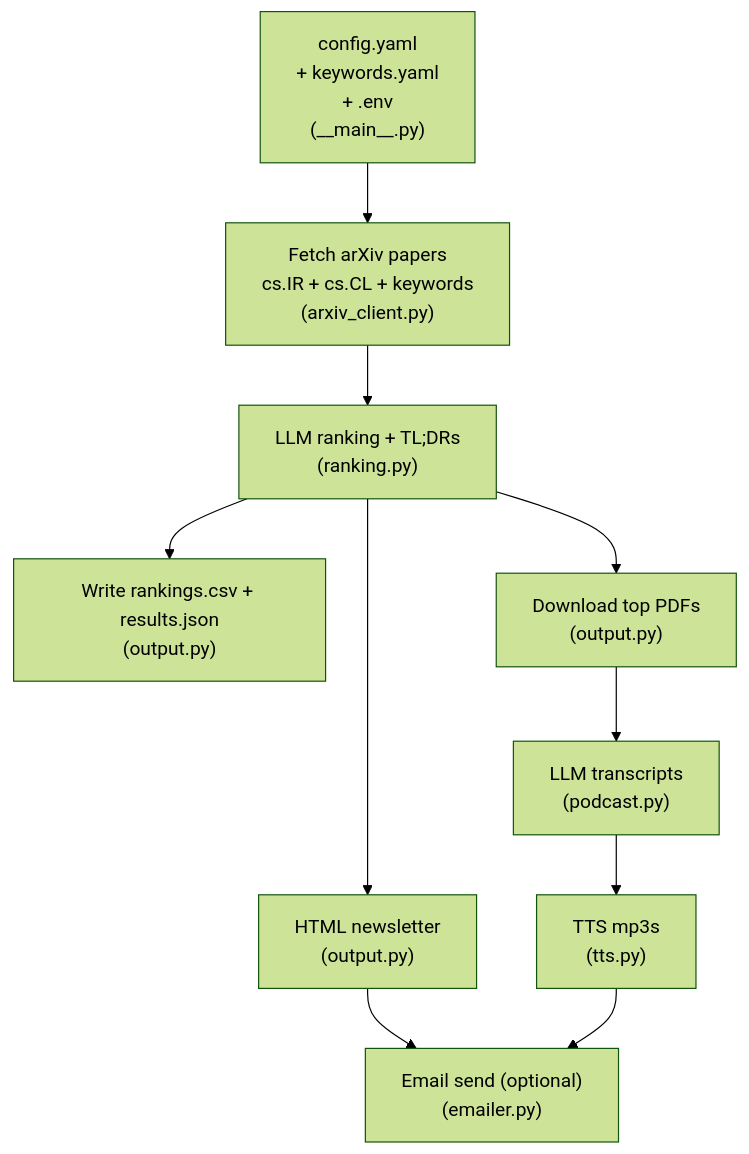
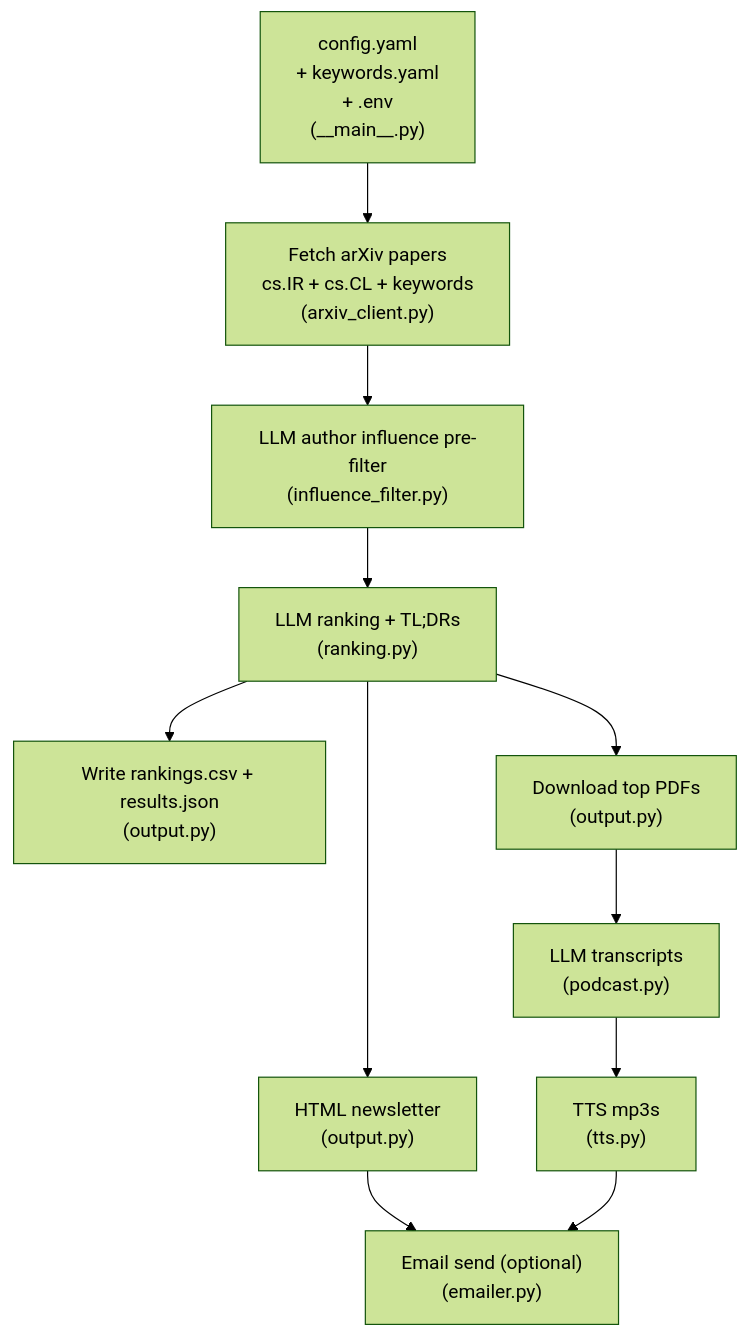
Before and after one commit to hideaki-j/arxiv-daily-podcast: the diagram in README.md, drawn with Mermaid (forest theme). The commit also changed other lines of this file and 14 other files, not shown here.

````diff
--- a/README.md
+++ b/README.md
@@ -59,12 +60,13 @@
 ```mermaid
 flowchart TD
   A["config.yaml<br>+ keywords.yaml<br>+ .env<br/>(__main__.py)"] --> B["Fetch arXiv papers<br/>cs.IR + cs.CL + keywords<br/>(arxiv_client.py)"]
-  B --> C["LLM ranking + TL;DRs<br/>(ranking.py)"]
-  C --> D["Write rankings.csv + results.json<br/>(output.py)"]
-  C --> E["Download top PDFs<br/>(output.py)"]
-  E --> F["LLM transcripts<br/>(podcast.py)"]
-  F --> G["TTS mp3s<br/>(tts.py)"]
-  C --> H["HTML newsletter<br/>(output.py)"]
-  H --> I["Email send (optional)<br/>(emailer.py)"]
-  G --> I
+  B --> C["LLM author influence pre-filter<br/>(influence_filter.py)"]
+  C --> D["LLM ranking + TL;DRs<br/>(ranking.py)"]
+  D --> E["Write rankings.csv + results.json<br/>(output.py)"]
+  D --> F["Download top PDFs<br/>(output.py)"]
+  F --> G["LLM transcripts<br/>(podcast.py)"]
+  G --> H["TTS mp3s<br/>(tts.py)"]
+  D --> I["HTML newsletter<br/>(output.py)"]
+  I --> J["Email send (optional)<br/>(emailer.py)"]
+  H --> J
 ```
````
